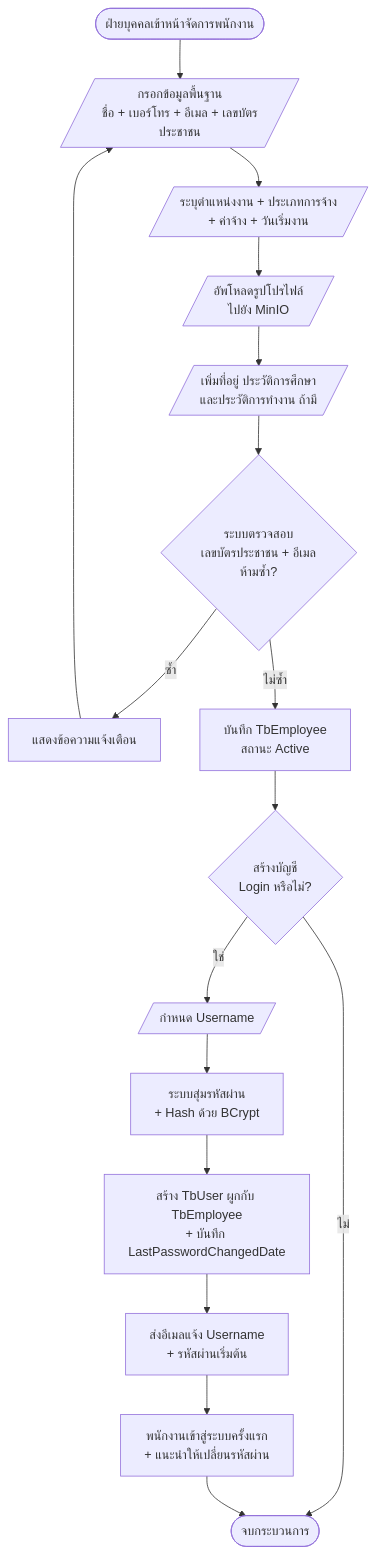
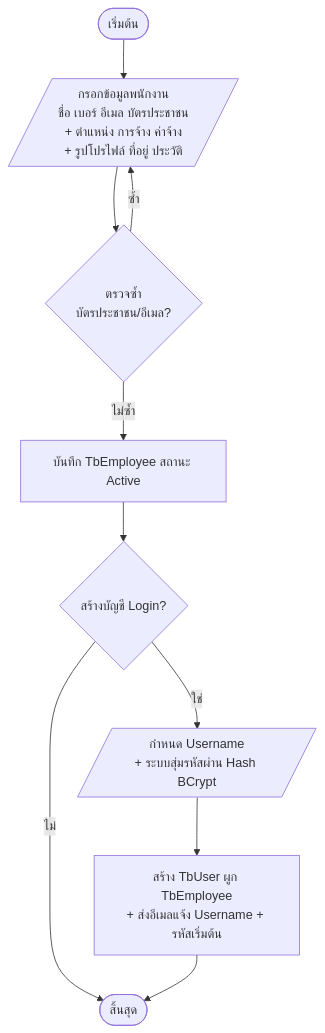
One commit to TurkPhakim/RBMS-POS-Website changed the eighth of 28 diagrams in doc/report/05-chapter-3-design.md. Above: the diagram before and after it, drawn with Mermaid. The commit also changed other lines of this file and 7 other files, not shown here.

````diff
--- a/doc/report/05-chapter-3-design.md
+++ b/doc/report/05-chapter-3-design.md
@@ -464,19 +443,12 @@
 ```mermaid
 flowchart TD
-    A([ฝ่ายบุคคลเข้าหน้าจัดการพนักงาน]) --> B[/กรอกข้อมูลพื้นฐาน<br/>ชื่อ + เบอร์โทร + อีเมล + เลขบัตรประชาชน/]
-    B --> C[/ระบุตำแหน่งงาน + ประเภทการจ้าง<br/>+ ค่าจ้าง + วันเริ่มงาน/]
-    C --> D[/อัพโหลดรูปโปรไฟล์<br/>ไปยัง MinIO/]
-    D --> E[/เพิ่มที่อยู่ ประวัติการศึกษา<br/>และประวัติการทำงาน ถ้ามี/]
-    E --> F{ระบบตรวจสอบ<br/>เลขบัตรประชาชน + อีเมล<br/>ห้ามซ้ำ?}
-    F -- ซ้ำ --> G[แสดงข้อความแจ้งเตือน]
-    G --> B
-    F -- ไม่ซ้ำ --> H[บันทึก TbEmployee<br/>สถานะ Active]
-    H --> I{สร้างบัญชี<br/>Login หรือไม่?}
-    I -- ไม่ --> J([จบกระบวนการ])
-    I -- ใช่ --> K[/กำหนด Username/]
-    K --> L[ระบบสุ่มรหัสผ่าน<br/>+ Hash ด้วย BCrypt]
-    L --> M[สร้าง TbUser ผูกกับ TbEmployee<br/>+ บันทึก LastPasswordChangedDate]
-    M --> N[ส่งอีเมลแจ้ง Username<br/>+ รหัสผ่านเริ่มต้น]
-    N --> O[พนักงานเข้าสู่ระบบครั้งแรก<br/>+ แนะนำให้เปลี่ยนรหัสผ่าน]
-    O --> J
+    Start([เริ่มต้น]) --> A[/กรอกข้อมูลพนักงาน<br/>ชื่อ เบอร์ อีเมล บัตรประชาชน<br/>+ ตำแหน่ง การจ้าง ค่าจ้าง<br/>+ รูปโปรไฟล์ ที่อยู่ ประวัติ/]
+    A --> B{ตรวจซ้ำ<br/>บัตรประชาชน/อีเมล?}
+    B -- ซ้ำ --> A
+    B -- ไม่ซ้ำ --> C[บันทึก TbEmployee สถานะ Active]
+    C --> D{สร้างบัญชี Login?}
+    D -- ไม่ --> End([สิ้นสุด])
+    D -- ใช่ --> E[/กำหนด Username<br/>+ ระบบสุ่มรหัสผ่าน Hash BCrypt/]
+    E --> F[สร้าง TbUser ผูก TbEmployee<br/>+ ส่งอีเมลแจ้ง Username + รหัสเริ่มต้น]
+    F --> End
 ```
````
